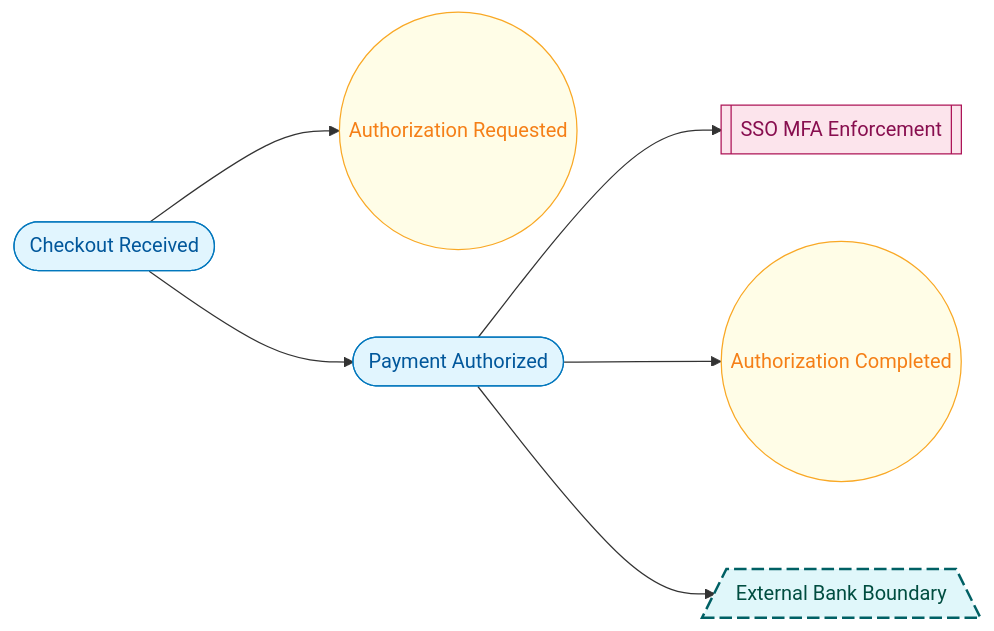
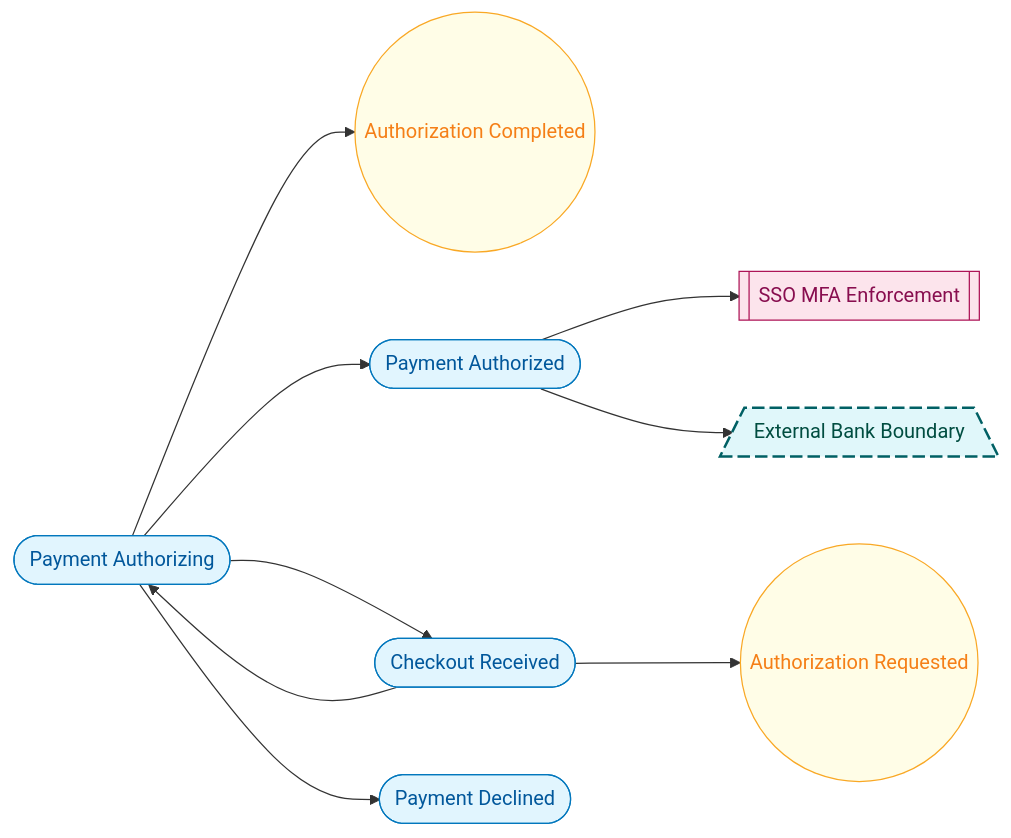
Before and after one commit to labeth/engineering-model-go: the diagram in examples/payments-engineering-sample/generated/VIEW-STATE-LIFECYCLE.mmd, drawn with Mermaid. The commit also changed 722 other files, not shown here.

```diff
--- a/examples/payments-engineering-sample/generated/VIEW-STATE-LIFECYCLE.mmd
+++ b/examples/payments-engineering-sample/generated/VIEW-STATE-LIFECYCLE.mmd
@@ -1,35 +1,40 @@
 %%{init: {"flowchart": {"nodeSpacing": 70, "rankSpacing": 100}}}%%
 flowchart LR
 %% view: VIEW-STATE-LIFECYCLE (state-lifecycle)
 N_CTRL_PAYMENTS_SSO_MFA[["SSO MFA Enforcement"]]:::control
 N_EVT_PAYMENTS_AUTH_COMPLETED(("Authorization Completed")):::event
 N_EVT_PAYMENTS_AUTH_REQUESTED(("Authorization Requested")):::event
 N_STATE_PAYMENTS_AUTHORIZED(["Payment Authorized"]):::state
+N_STATE_PAYMENTS_AUTHORIZING(["Payment Authorizing"]):::state
 N_STATE_PAYMENTS_CHECKOUT_RECEIVED(["Checkout Received"]):::state
+N_STATE_PAYMENTS_DECLINED(["Payment Declined"]):::state
 N_TB_PAYMENTS_EXTERNAL_BANK[/"External Bank Boundary"\]:::trust_boundary
 N_STATE_PAYMENTS_AUTHORIZED --> N_CTRL_PAYMENTS_SSO_MFA
-N_STATE_PAYMENTS_AUTHORIZED --> N_EVT_PAYMENTS_AUTH_COMPLETED
 N_STATE_PAYMENTS_AUTHORIZED --> N_TB_PAYMENTS_EXTERNAL_BANK
+N_STATE_PAYMENTS_AUTHORIZING --> N_EVT_PAYMENTS_AUTH_COMPLETED
+N_STATE_PAYMENTS_AUTHORIZING --> N_STATE_PAYMENTS_AUTHORIZED
+N_STATE_PAYMENTS_AUTHORIZING --> N_STATE_PAYMENTS_CHECKOUT_RECEIVED
+N_STATE_PAYMENTS_AUTHORIZING --> N_STATE_PAYMENTS_DECLINED
 N_STATE_PAYMENTS_CHECKOUT_RECEIVED --> N_EVT_PAYMENTS_AUTH_REQUESTED
-N_STATE_PAYMENTS_CHECKOUT_RECEIVED --> N_STATE_PAYMENTS_AUTHORIZED
+N_STATE_PAYMENTS_CHECKOUT_RECEIVED --> N_STATE_PAYMENTS_AUTHORIZING
 classDef system_boundary fill:#f5f5f5,stroke:#424242,stroke-width:2px,color:#212121;
 classDef functional_group fill:#e8f5e9,stroke:#1b5e20,stroke-width:1px,color:#1b5e20;
 classDef functional_unit fill:#e3f2fd,stroke:#0d47a1,stroke-width:1px,color:#0d47a1;
 classDef actor fill:#fff8e1,stroke:#ef6c00,stroke-width:1px,color:#bf360c;
 classDef attack_vector fill:#ffebee,stroke:#b71c1c,stroke-width:1px,color:#7f0000;
 classDef referenced_element fill:#f3e5f5,stroke:#6a1b9a,stroke-width:1px,color:#4a148c;
 classDef interface fill:#e8f5e9,stroke:#2e7d32,stroke-width:2px,stroke-dasharray: 6 3,color:#1b5e20;
 classDef data_object fill:#fff3e0,stroke:#ef6c00,stroke-width:2px,stroke-dasharray: 2 2,color:#e65100;
 classDef deployment_target fill:#ede7f6,stroke:#5e35b1,stroke-width:1px,color:#4527a0;
 classDef control fill:#fce4ec,stroke:#ad1457,stroke-width:1px,color:#880e4f;
 classDef trust_boundary fill:#e0f7fa,stroke:#006064,stroke-width:2px,stroke-dasharray: 10 4,color:#004d40;
 classDef state fill:#e1f5fe,stroke:#0277bd,stroke-width:1px,color:#01579b;
 classDef event fill:#fffde7,stroke:#f9a825,stroke-width:1px,color:#f57f17;
 classDef flow fill:#ede7f6,stroke:#4527a0,stroke-width:2px,color:#311b92;
 classDef flow_step fill:#f1f8e9,stroke:#33691e,stroke-width:2px,color:#1b5e20;
 classDef requirement fill:#fffde7,stroke:#f9a825,stroke-width:1px,color:#7f6000;
 classDef verification fill:#fce4ec,stroke:#ad1457,stroke-width:1px,color:#880e4f;
 classDef runtime_element fill:#b2ebf2,stroke:#00838f,stroke-width:1px,color:#006064;
 classDef deployment_element fill:#d7ccc8,stroke:#4e342e,stroke-width:1px,color:#2f1b14;
 classDef code_element fill:#eeeeee,stroke:#616161,stroke-width:1px,color:#212121;
 classDef unknown fill:#ffffff,stroke:#adb5bd,stroke-width:1px,color:#4f5b62;
```
